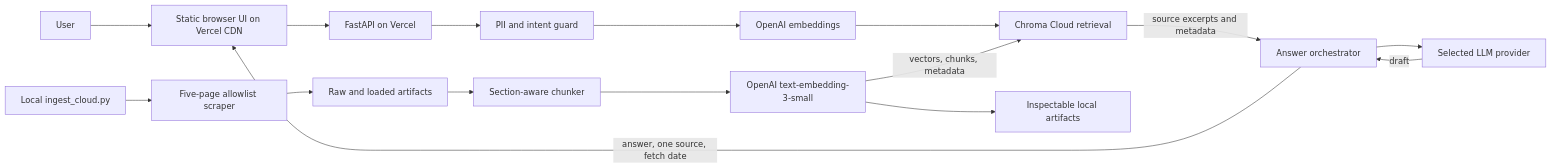
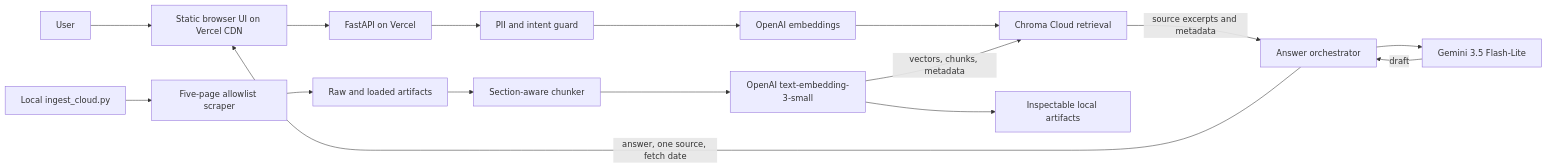
Before and after one commit to diyachokshi25-dot/Growfolio: the diagram in architecture.md, drawn with Mermaid. The commit also changed other lines of this file and 9 other files, not shown here.

Commit message:
Use Gemini-only answer generation

````diff
--- a/architecture.md
+++ b/architecture.md
@@ -24,18 +24,18 @@
 ```mermaid
 flowchart LR
     U[User] --> UI[Static browser UI on Vercel CDN]
     UI --> API[FastAPI on Vercel]
     API --> Guard[PII and intent guard]
     Guard --> Embed[OpenAI embeddings]
     Embed --> Search[Chroma Cloud retrieval]
     Search -->|source excerpts and metadata| Answer[Answer orchestrator]
-    Answer --> LLM[Selected LLM provider]
+    Answer --> LLM[Gemini 3.5 Flash-Lite]
     LLM -->|draft| Answer
     Answer -->|answer, one source, fetch date| UI
     Ingest[Local ingest_cloud.py] --> Fetch[Five-page allowlist scraper]
     Fetch --> Raw[Raw and loaded artifacts]
     Raw --> Chunk[Section-aware chunker]
     Chunk --> Embeddings[OpenAI text-embedding-3-small]
     Embeddings --> Artifacts[Inspectable local artifacts]
     Embeddings -->|vectors, chunks, metadata| Search
 ```
````
